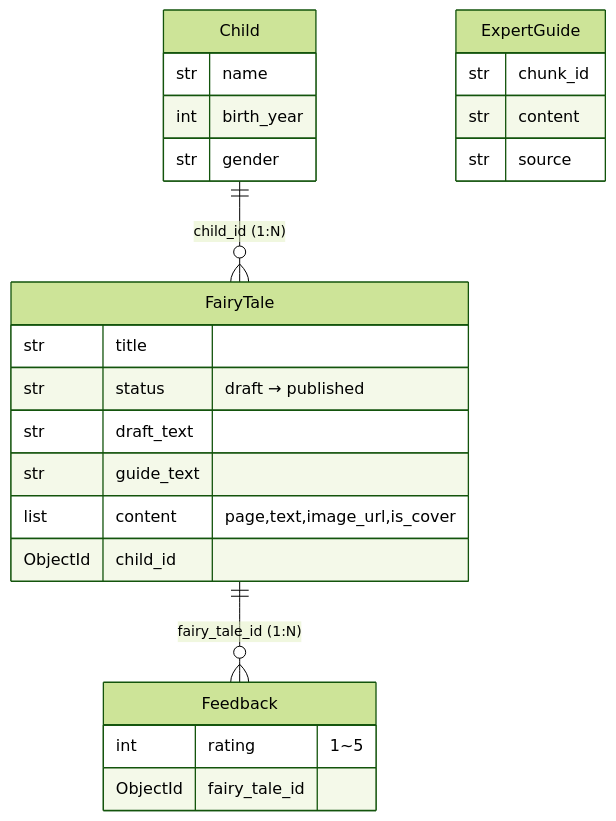
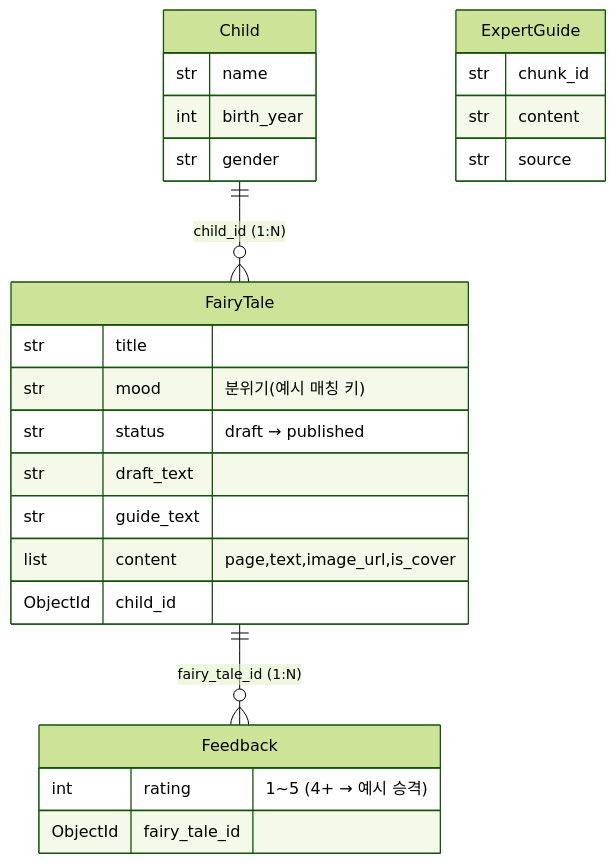
The seventh of 8 diagrams in 260707project/FLOWCHART.md (sjung-csumb/storyTeller), drawn with Mermaid (forest theme) before and after one commit. The commit also changed other lines of this file and 50 other files, not shown here.

````diff
--- a/260707project/FLOWCHART.md
+++ b/260707project/FLOWCHART.md
@@ -123,28 +176,29 @@
 ```mermaid
 erDiagram
     Child ||--o{ FairyTale : "child_id (1:N)"
     FairyTale ||--o{ Feedback : "fairy_tale_id (1:N)"
 
     Child {
         str name
         int birth_year
         str gender
     }
     FairyTale {
         str title
+        str mood "분위기(예시 매칭 키)"
         str status "draft → published"
         str draft_text
         str guide_text
         list content "page,text,image_url,is_cover"
         ObjectId child_id
     }
     Feedback {
-        int rating "1~5"
+        int rating "1~5 (4+ → 예시 승격)"
         ObjectId fairy_tale_id
     }
     ExpertGuide {
         str chunk_id
         str content
         str source
     }
 ```
````
